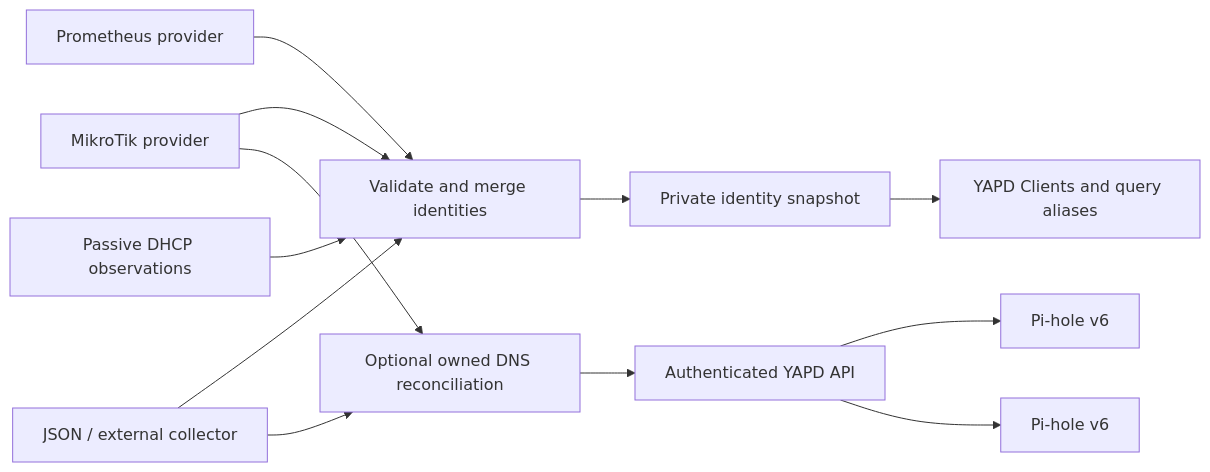
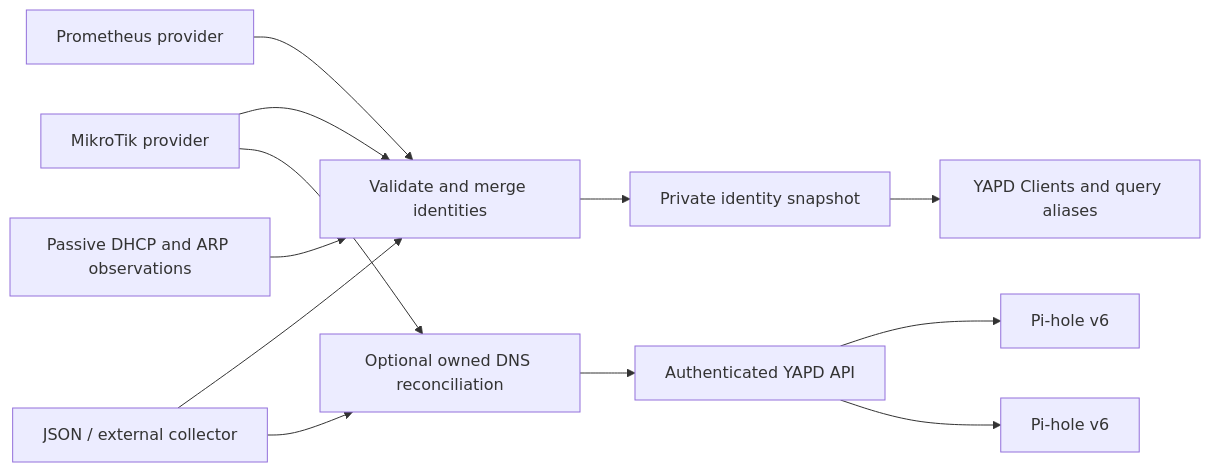
Before and after one commit to alexcf/yapd-identity-bridge: the diagram in README.md, drawn with Mermaid. The commit also changed other lines of this file and 19 other files, not shown here.

Commit message:
Observe ARP senders alongside passive DHCP

````diff
--- a/README.md
+++ b/README.md
@@ -24,14 +25,14 @@
 ```mermaid
 flowchart LR
   M["MikroTik provider"] --> C["Validate and merge identities"]
   P["Prometheus provider"] --> C
   J["JSON / external collector"] --> C
-  H["Passive DHCP observations"] --> C
+  H["Passive DHCP and ARP observations"] --> C
   C --> S["Private identity snapshot"]
   S --> Y["YAPD Clients and query aliases"]
   M --> D["Optional owned DNS reconciliation"]
   J --> D
   D --> A["Authenticated YAPD API"]
   A --> P1["Pi-hole v6"]
   A --> P2["Pi-hole v6"]
 ```
````
